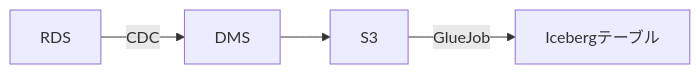
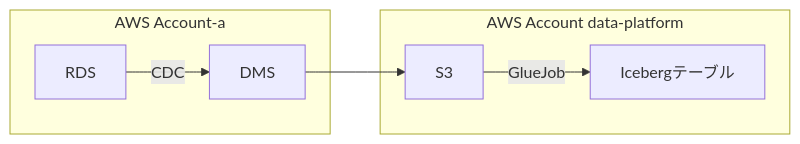
Before and after one commit to kenzo0107/kenzo0107.github.io: the third of 6 diagrams in _blog/source/_posts/2024-12-19-rds-replicate-to-glue-iceberg-table.md, drawn with Mermaid. The commit also changed other lines of this file and 10 other files, not shown here.

````diff
--- a/_blog/source/_posts/2024-12-19-rds-replicate-to-glue-iceberg-table.md
+++ b/_blog/source/_posts/2024-12-19-rds-replicate-to-glue-iceberg-table.md
@@ -70,5 +87,13 @@
 ```mermaid
 graph LR
 
-RDS--CDC-->DMS-->S3--GlueJob-->Icebergテーブル
+subgraph AWS Account-a
+  RDS--CDC-->DMS
+end
+
+DMS-->S3
+
+subgraph AWS Account data-platform
+  S3--GlueJob-->Icebergテーブル
+end
 ```
````
